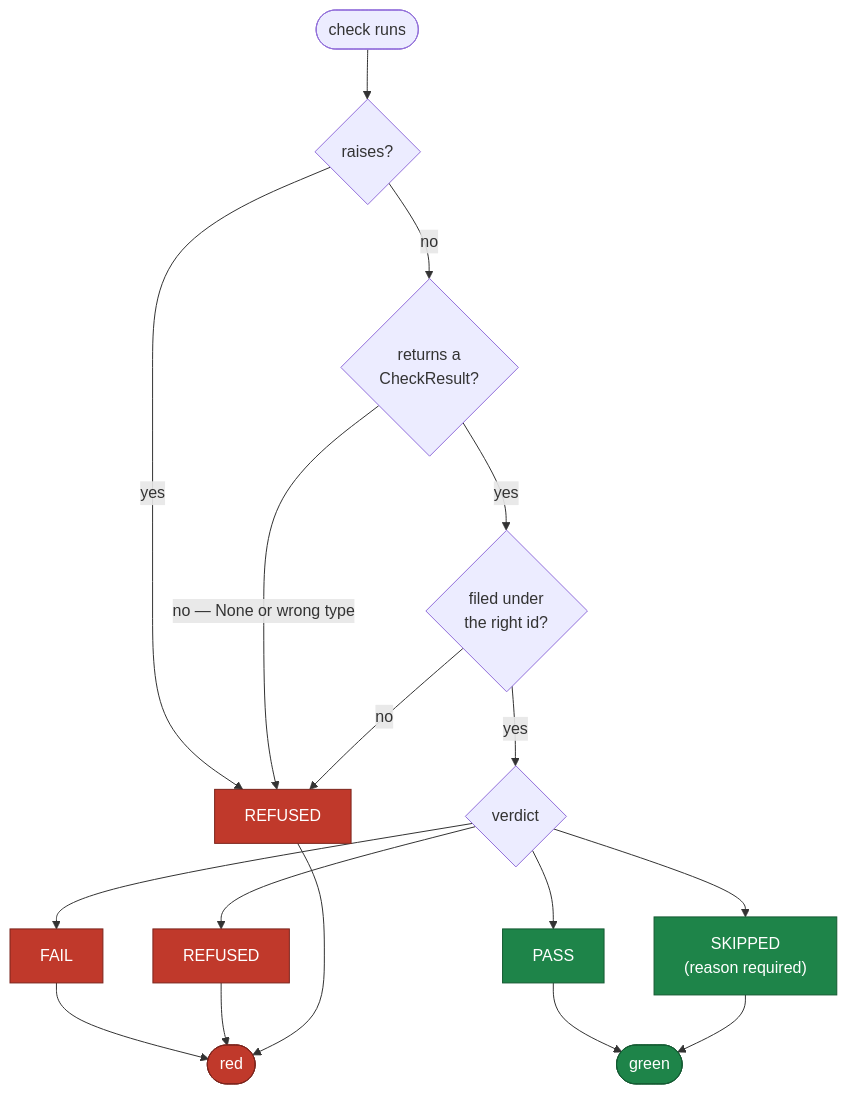
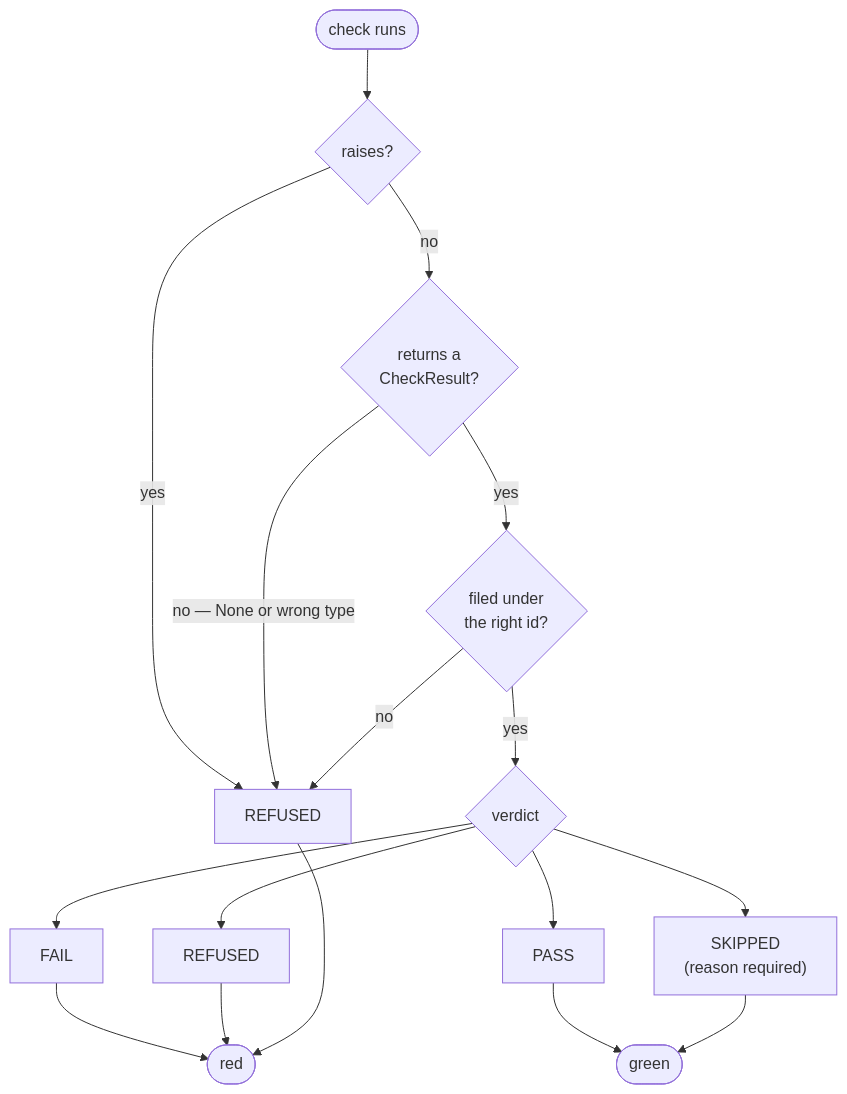
One commit to clintecker/celebrimbor changed the first of 2 diagrams in docs/concepts/fail-closed.md. Above: the diagram before and after it, drawn with Mermaid. The commit also changed other lines of this file and 12 other files, not shown here.

First line of the commit message:
docs: fix diagram rendering — drop hardcoded mermaid colors, real table headers

````diff
--- a/docs/concepts/fail-closed.md
+++ b/docs/concepts/fail-closed.md
@@ -53,23 +53,19 @@
 ```mermaid
 flowchart TD
     S([check runs]) --> A{raises?}
     A -->|yes| REF[REFUSED]
     A -->|no| B{returns a<br/>CheckResult?}
     B -->|"no — None or wrong type"| REF
     B -->|yes| C{filed under<br/>the right id?}
     C -->|no| REF
     C -->|yes| V{verdict}
     V --> PASS[PASS]
     V --> FAIL[FAIL]
     V --> RV[REFUSED]
     V --> SKIP["SKIPPED<br/>(reason required)"]
     PASS --> G([green])
     SKIP --> G
     FAIL --> RED([red])
     RV --> RED
     REF --> RED
-    classDef red fill:#c0392b,stroke:#7b241c,color:#fff
-    classDef green fill:#1e8449,stroke:#145a32,color:#fff
-    class RED,REF,FAIL,RV red
-    class G,PASS,SKIP green
 ```
````
